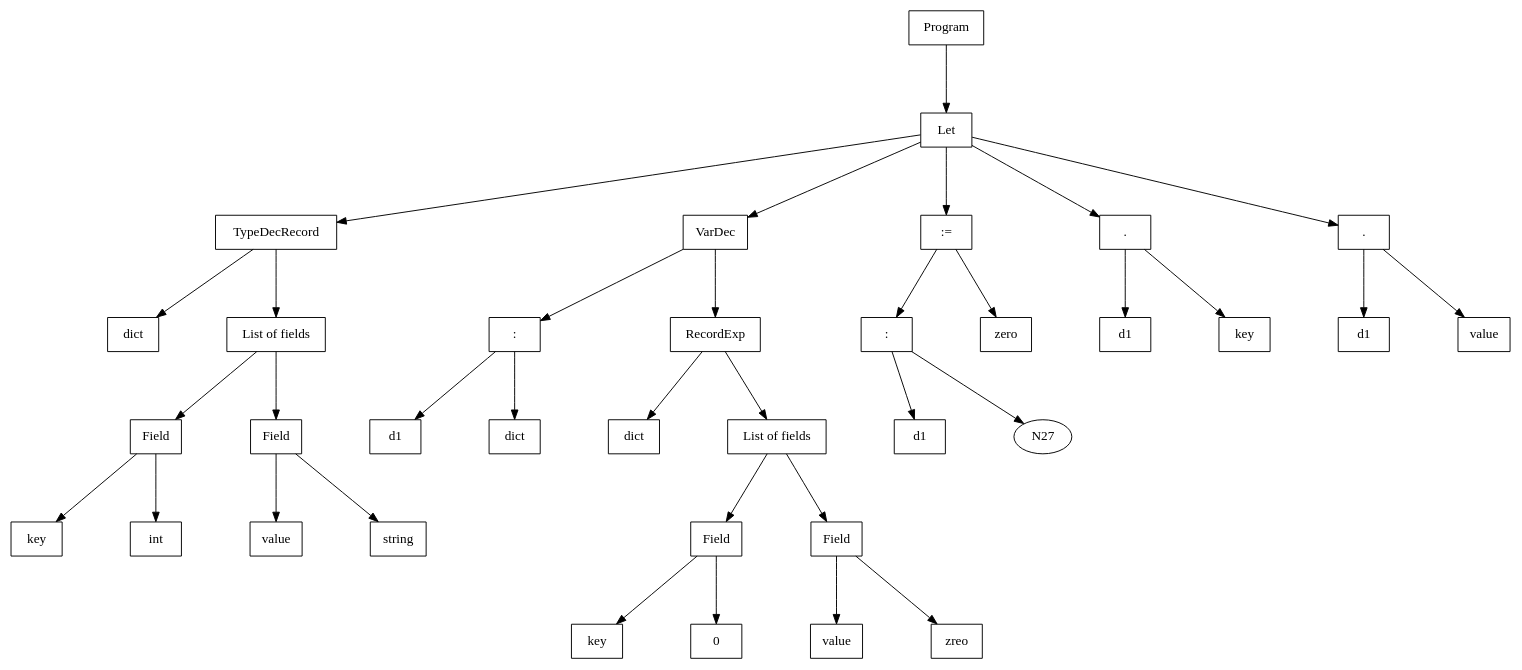
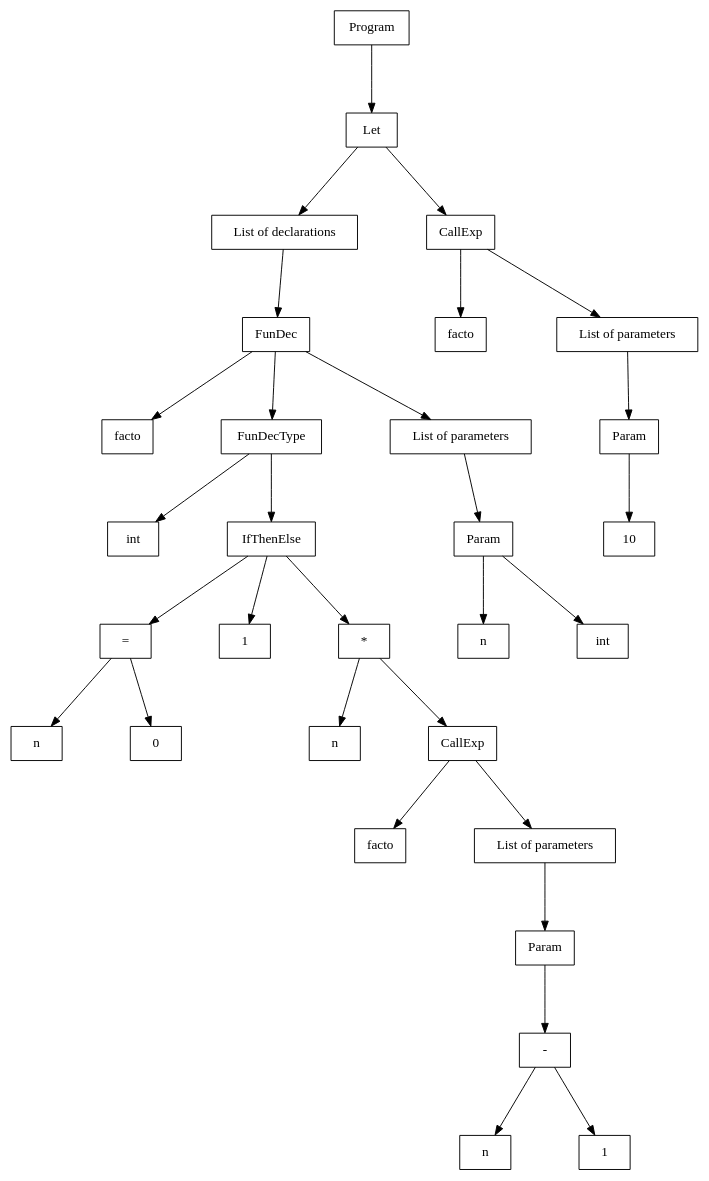
One commit to BigBaz54/Tiger_compiler changed the diagram in out/tree.dot. Above: the diagram before and after it, drawn with Graphviz. The commit also changed 1 other file, not shown here.

Commit message:
[+] Ajout d'un noeud list of declarations pour le noeud let

```diff
--- a/out/tree.dot
+++ b/out/tree.dot
@@ -1,75 +1,66 @@
 digraph "ast"{
 
 	nodesep=1;
 	ranksep=1;
 
 	N1 [label="Let", shape="box"];
-	N2 [label="TypeDecRecord", shape="box"];
-	N3 [label="dict", shape="box"];
-	N4 [label="List of fields", shape="box"];
-	N5 [label="key", shape="box"];
+	N2 [label="List of declarations", shape="box"];
+	N3 [label="FunDec", shape="box"];
+	N4 [label="facto", shape="box"];
+	N5 [label="FunDecType", shape="box"];
 	N6 [label="int", shape="box"];
-	N7 [label="Field", shape="box"];
-	N8 [label="value", shape="box"];
-	N9 [label="string", shape="box"];
-	N10 [label="Field", shape="box"];
-	N11 [label="VarDec", shape="box"];
-	N12 [label=":", shape="box"];
-	N13 [label="d1", shape="box"];
-	N14 [label="dict", shape="box"];
-	N15 [label="RecordExp", shape="box"];
-	N16 [label="dict", shape="box"];
-	N17 [label="List of fields", shape="box"];
-	N18 [label="key", shape="box"];
-	N19 [label="0", shape="box"];
-	N20 [label="Field", shape="box"];
-	N21 [label="value", shape="box"];
-	N22 [label="zreo", shape="box"];
-	N23 [label="Field", shape="box"];
-	N24 [label=":=", shape="box"];
-	N25 [label=":", shape="box"];
-	N26 [label="d1", shape="box"];
-	N28 [label="zero", shape="box"];
-	N29 [label=".", shape="box"];
-	N30 [label="d1", shape="box"];
-	N31 [label="key", shape="box"];
-	N32 [label=".", shape="box"];
-	N33 [label="d1", shape="box"];
-	N34 [label="value", shape="box"];
+	N7 [label="IfThenElse", shape="box"];
+	N8 [label="=", shape="box"];
+	N9 [label="n", shape="box"];
+	N10 [label="0", shape="box"];
+	N11 [label="1", shape="box"];
+	N12 [label="*", shape="box"];
+	N13 [label="n", shape="box"];
+	N14 [label="CallExp", shape="box"];
+	N15 [label="facto", shape="box"];
+	N16 [label="List of parameters", shape="box"];
+	N17 [label="-", shape="box"];
+	N18 [label="n", shape="box"];
+	N19 [label="1", shape="box"];
+	N20 [label="Param", shape="box"];
+	N21 [label="List of parameters", shape="box"];
+	N22 [label="n", shape="box"];
+	N23 [label="int", shape="box"];
+	N24 [label="Param", shape="box"];
+	N25 [label="CallExp", shape="box"];
+	N26 [label="facto", shape="box"];
+	N27 [label="List of parameters", shape="box"];
+	N28 [label="10", shape="box"];
+	N29 [label="Param", shape="box"];
 	N0 [label="Program", shape="box"];
 
-	N7 -> N5; 
-	N7 -> N6; 
-	N4 -> N7; 
-	N10 -> N8; 
-	N10 -> N9; 
-	N4 -> N10; 
-	N2 -> N3; 
-	N2 -> N4; 
 	N1 -> N2; 
+	N8 -> N9; 
+	N8 -> N10; 
+	N14 -> N15; 
+	N17 -> N18; 
+	N17 -> N19; 
+	N20 -> N17; 
+	N16 -> N20; 
+	N14 -> N16; 
 	N12 -> N13; 
 	N12 -> N14; 
-	N15 -> N16; 
-	N20 -> N18; 
-	N20 -> N19; 
-	N17 -> N20; 
-	N23 -> N21; 
-	N23 -> N22; 
-	N17 -> N23; 
-	N15 -> N17; 
-	N11 -> N12; 
-	N11 -> N15; 
-	N1 -> N11; 
+	N7 -> N8; 
+	N7 -> N11; 
+	N7 -> N12; 
+	N5 -> N6; 
+	N5 -> N7; 
+	N24 -> N22; 
+	N24 -> N23; 
+	N21 -> N24; 
+	N3 -> N4; 
+	N3 -> N5; 
+	N3 -> N21; 
+	N2 -> N3; 
 	N25 -> N26; 
+	N29 -> N28; 
+	N27 -> N29; 
 	N25 -> N27; 
-	N24 -> N25; 
-	N24 -> N28; 
-	N1 -> N24; 
-	N29 -> N30; 
-	N29 -> N31; 
-	N1 -> N29; 
-	N32 -> N33; 
-	N32 -> N34; 
-	N1 -> N32; 
+	N1 -> N25; 
 	N0 -> N1; 
 }
```
